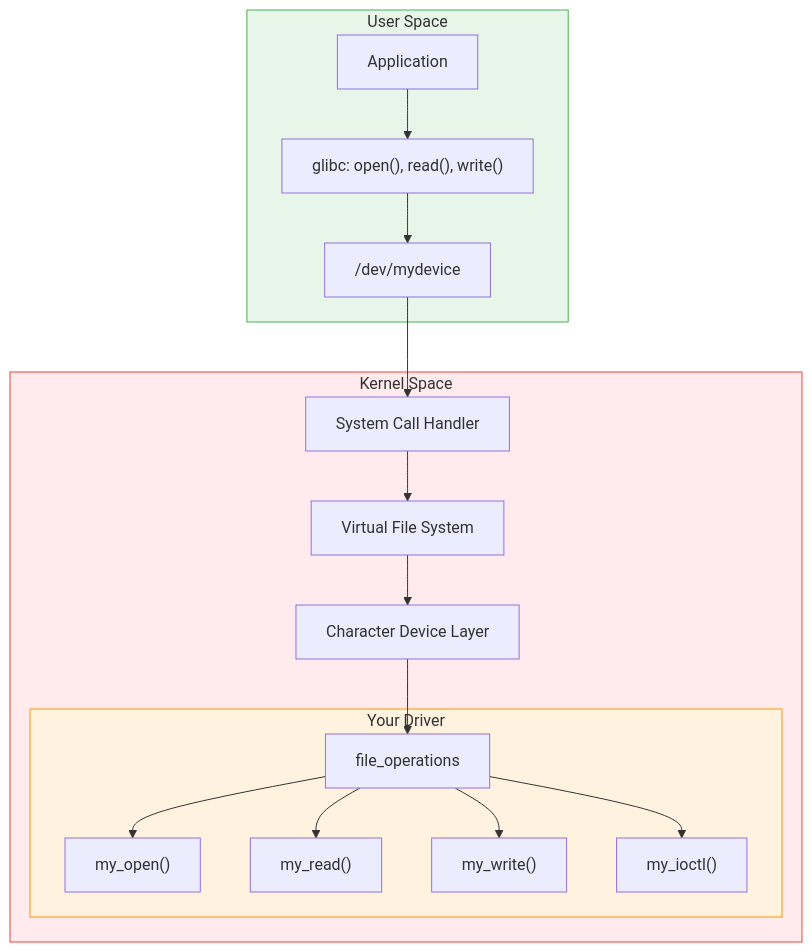
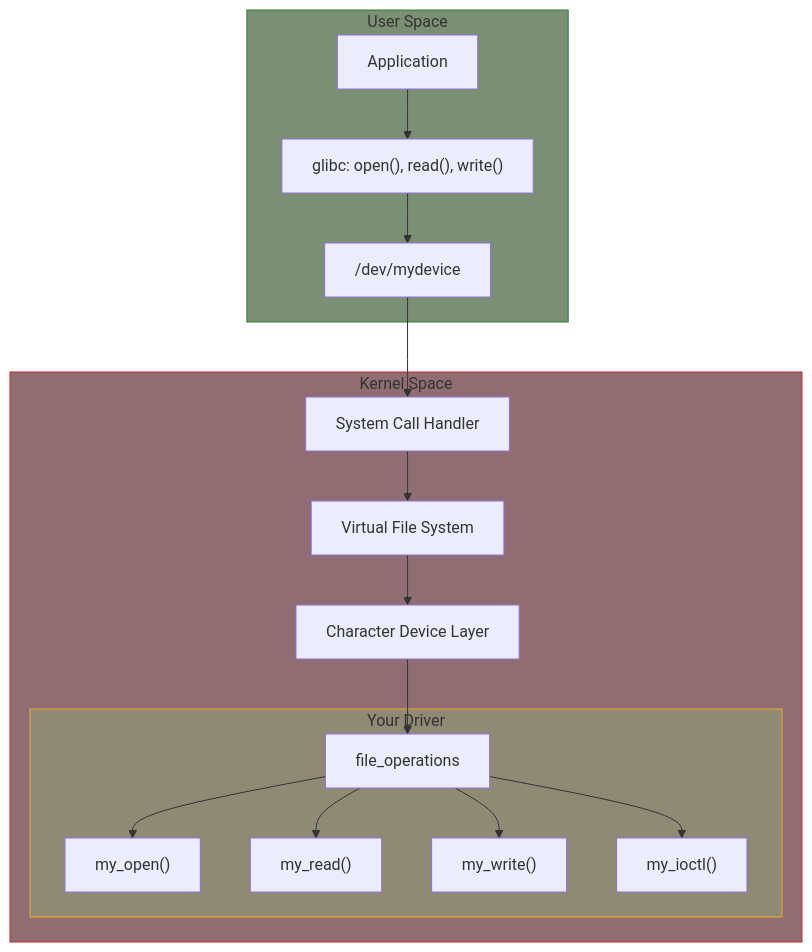
One commit to MichaelTien8901/linux-driver-guide-tutorial changed the second of 2 diagrams in part3/index.md. Above: the diagram before and after it, drawn with Mermaid. The commit also changed other lines of this file and 36 other files, not shown here.

Commit message:
Fix mermaid diagram colors to use consistent paper-like theme

````diff
--- a/part3/index.md
+++ b/part3/index.md
@@ -88,36 +88,36 @@
 ```mermaid
 flowchart TB
     subgraph UserSpace["User Space"]
         App["Application"]
         LibC["glibc: open(), read(), write()"]
         DevFile["/dev/mydevice"]
     end
 
     subgraph KernelSpace["Kernel Space"]
         Syscall["System Call Handler"]
         VFS["Virtual File System"]
         CharDev["Character Device Layer"]
         subgraph YourDriver["Your Driver"]
             FO["file_operations"]
             Open["my_open()"]
             Read["my_read()"]
             Write["my_write()"]
             Ioctl["my_ioctl()"]
         end
     end
 
     App --> LibC
     LibC --> DevFile
     DevFile --> Syscall
     Syscall --> VFS
     VFS --> CharDev
     CharDev --> FO
     FO --> Open
     FO --> Read
     FO --> Write
     FO --> Ioctl
 
-    style UserSpace fill:#e8f5e9,stroke:#4caf50
-    style KernelSpace fill:#ffebee,stroke:#f44336
-    style YourDriver fill:#fff3e0,stroke:#ff9800
+    style UserSpace fill:#7a8f73,stroke:#2e7d32
+    style KernelSpace fill:#8f6d72,stroke:#c62828
+    style YourDriver fill:#8f8a73,stroke:#f9a825
 ```
````
